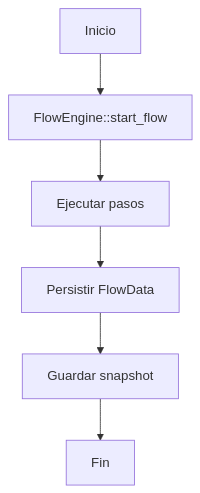
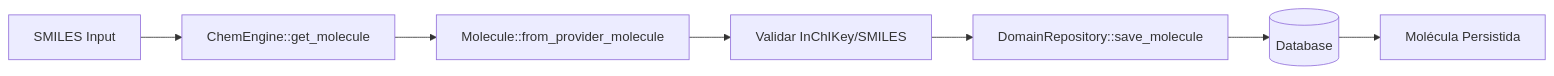
The fifth of 7 diagrams in README.md (chem-gl/chem-flow), drawn with Mermaid before and after one commit. The commit also changed other lines of this file and 21 other files, not shown here.

````diff
--- a/README.md
+++ b/README.md
@@ -201,8 +980,9 @@
 ```mermaid
-flowchart TD
-  Start[Inicio] --> Create[FlowEngine::start_flow]
-  Create --> StepExec[Ejecutar pasos]
-  StepExec --> Persist[Persistir FlowData]
-  Persist --> Snapshot[Guardar snapshot]
-  Snapshot --> End[Fin]
+flowchart LR
+    A[SMILES Input] --> B[ChemEngine::get_molecule]
+    B --> C[Molecule::from_provider_molecule]
+    C --> D[Validar InChIKey/SMILES]
+    D --> E[DomainRepository::save_molecule]
+    E --> F[(Database)]
+    F --> G[Molécula Persistida]
 ```
````
